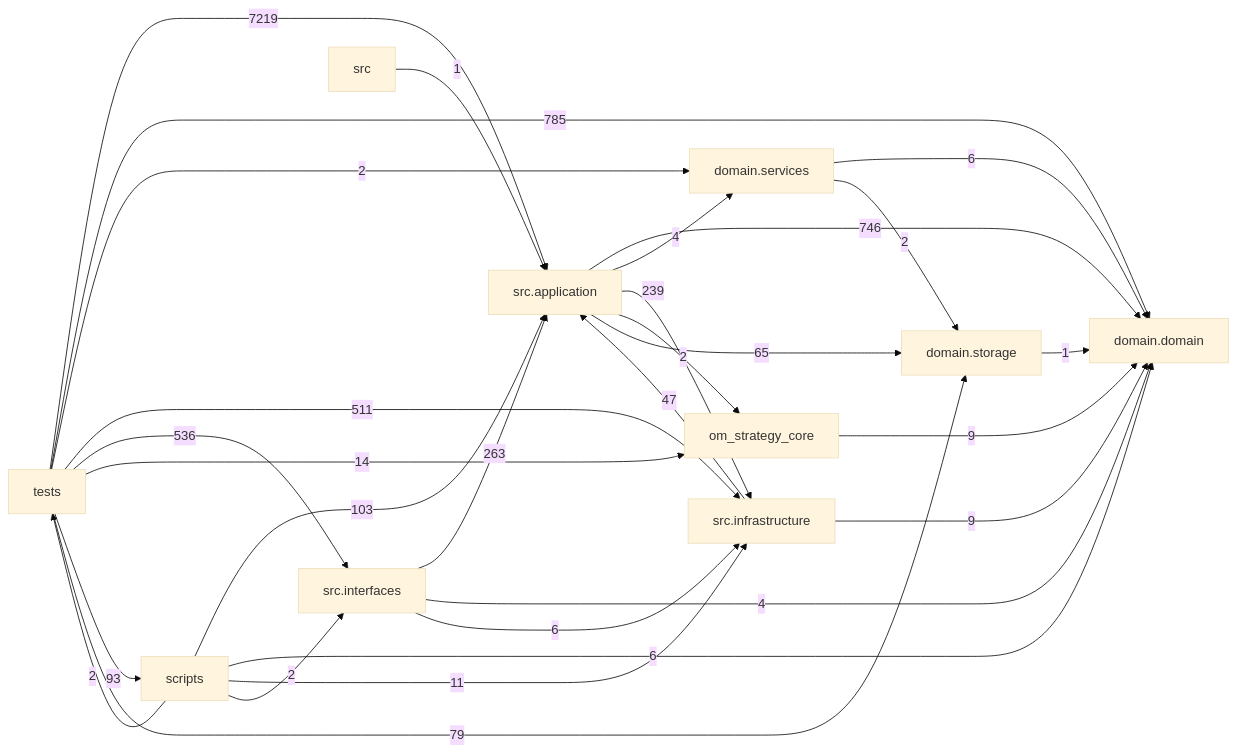
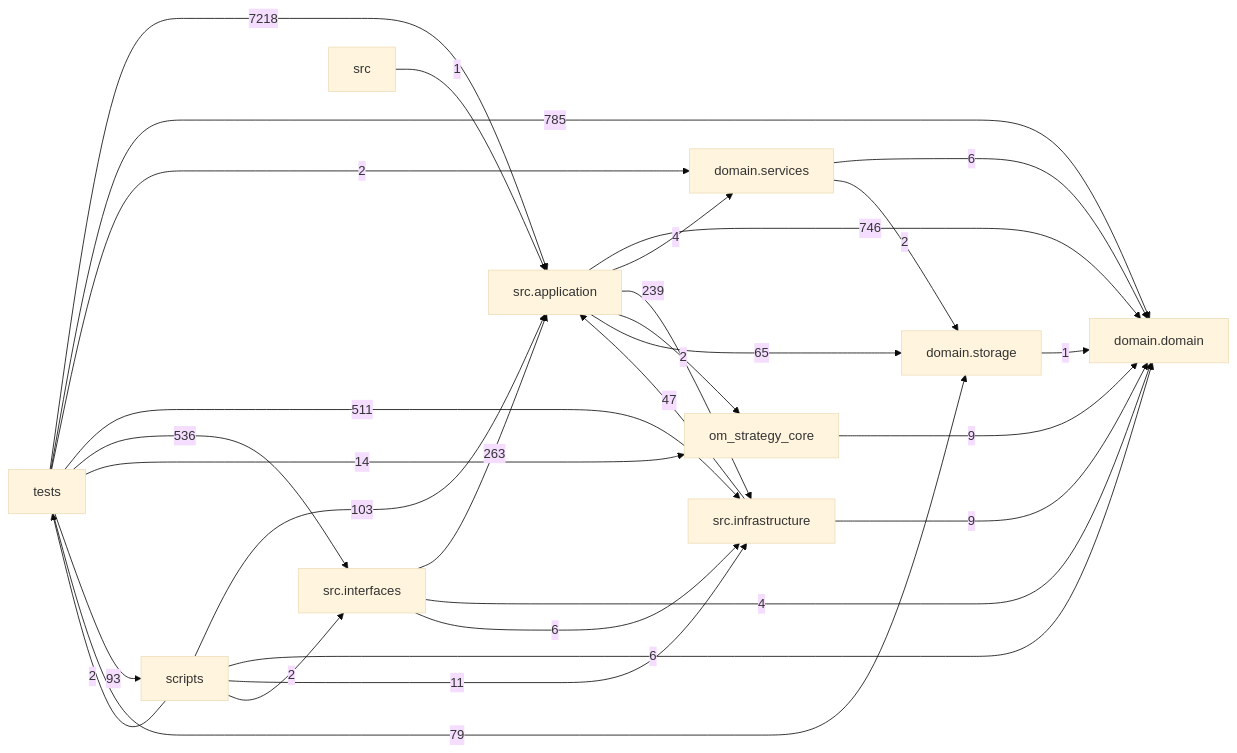
Before and after one commit to liuxie066/options-monitor: the diagram in docs/DEPENDENCY_GRAPH.md, drawn with Mermaid (base theme). The commit also changed other lines of this file and 5 other files, not shown here.

````diff
--- a/docs/DEPENDENCY_GRAPH.md
+++ b/docs/DEPENDENCY_GRAPH.md
@@ -24,39 +24,39 @@
 ```mermaid
 flowchart LR
   tests["tests"]
   scripts["scripts"]
   interfaces["src.interfaces"]
   application["src.application"]
   infrastructure["src.infrastructure"]
   domain_services["domain.services"]
   domain["domain.domain"]
   storage["domain.storage"]
   application -->|746| domain
   application -->|4| domain_services
   application -->|239| infrastructure
   application -->|2| om_strategy_core
   application -->|65| storage
   domain_services -->|6| domain
   domain_services -->|2| storage
   infrastructure -->|47| application
   infrastructure -->|9| domain
   interfaces -->|263| application
   interfaces -->|4| domain
   interfaces -->|6| infrastructure
   om_strategy_core -->|9| domain
   scripts -->|103| application
   scripts -->|6| domain
   scripts -->|11| infrastructure
   scripts -->|2| interfaces
   scripts -->|2| tests
   src -->|1| application
   storage -->|1| domain
-  tests -->|7219| application
+  tests -->|7218| application
   tests -->|785| domain
   tests -->|2| domain_services
   tests -->|511| infrastructure
   tests -->|536| interfaces
   tests -->|14| om_strategy_core
   tests -->|93| scripts
   tests -->|79| storage
 ```
````
